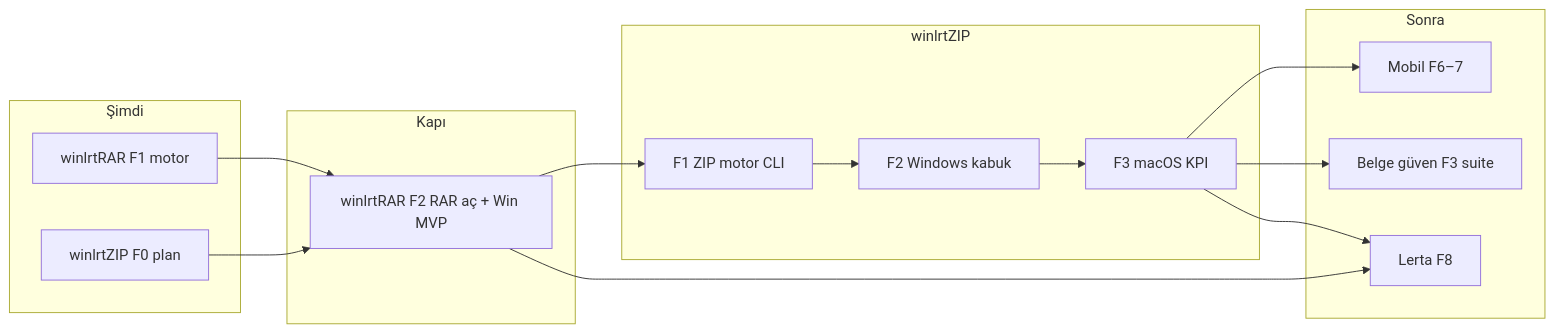
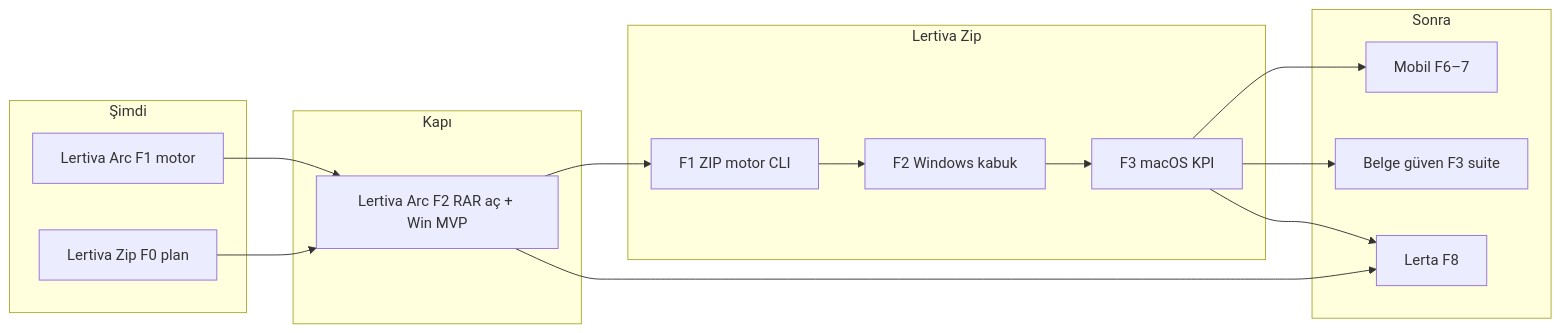
The diagram in docs/SUITE_ROADMAP.md (kutluhanakinci8-ux/winlrt-), drawn with Mermaid before and after one commit. The commit also changed other lines of this file and 397 other files, not shown here.

First line of the commit message:
rebrand: Lertiva Arc + Lertiva Zip (Pack) across codebase

````diff
--- a/docs/SUITE_ROADMAP.md
+++ b/docs/SUITE_ROADMAP.md
@@ -15,27 +15,27 @@
 ```mermaid
 flowchart LR
   subgraph now [Şimdi]
-    R1[winlrtRAR F1 motor]
-    Z0[winlrtZIP F0 plan]
+    R1[Lertiva Arc F1 motor]
+    Z0[Lertiva Zip F0 plan]
   end
   subgraph gate [Kapı]
-    R2[winlrtRAR F2 RAR aç + Win MVP]
+    R2[Lertiva Arc F2 RAR aç + Win MVP]
   end
-  subgraph zip [winlrtZIP]
+  subgraph zip [Lertiva Zip]
     Z1[F1 ZIP motor CLI]
     Z2[F2 Windows kabuk]
     Z3[F3 macOS KPI]
   end
   subgraph later [Sonra]
     M[Mobil F6–7]
     D[Belge güven F3 suite]
     L[Lerta F8]
   end
   R1 --> R2
   Z0 --> R2
   R2 --> Z1 --> Z2 --> Z3
   Z3 --> M
   Z3 --> D
   R2 --> L
   Z3 --> L
 ```
````
